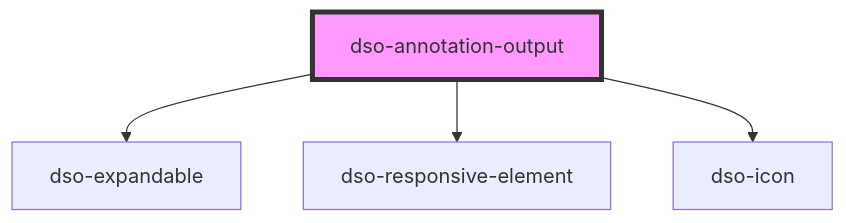
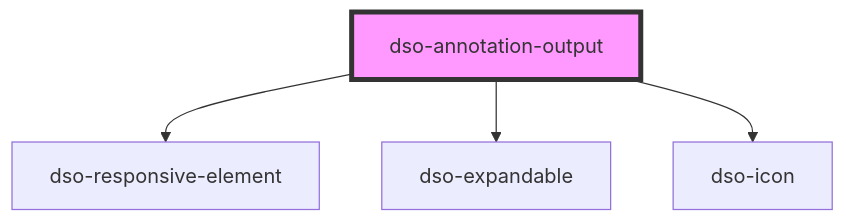
One commit to dso-toolkit/dso-toolkit changed the diagram in packages/core/src/components/annotation-output/readme.md. Above: the diagram before and after it, drawn with Mermaid. The commit also changed other lines of this file and 34 other files, not shown here.

````diff
--- a/packages/core/src/components/annotation-output/readme.md
+++ b/packages/core/src/components/annotation-output/readme.md
@@ -43,7 +43,7 @@
 ```mermaid
 graph TD;
+  dso-annotation-output --> dso-responsive-element
   dso-annotation-output --> dso-expandable
-  dso-annotation-output --> dso-responsive-element
   dso-annotation-output --> dso-icon
   style dso-annotation-output fill:#f9f,stroke:#333,stroke-width:4px
 ```
````
